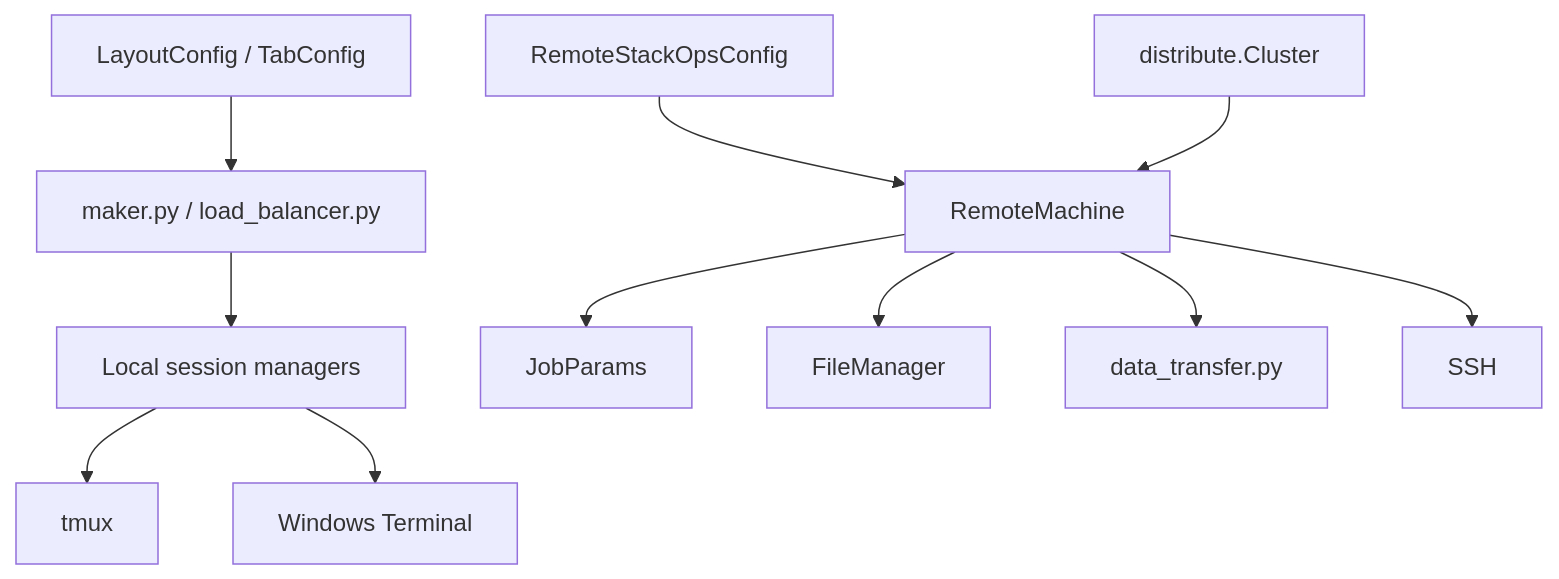
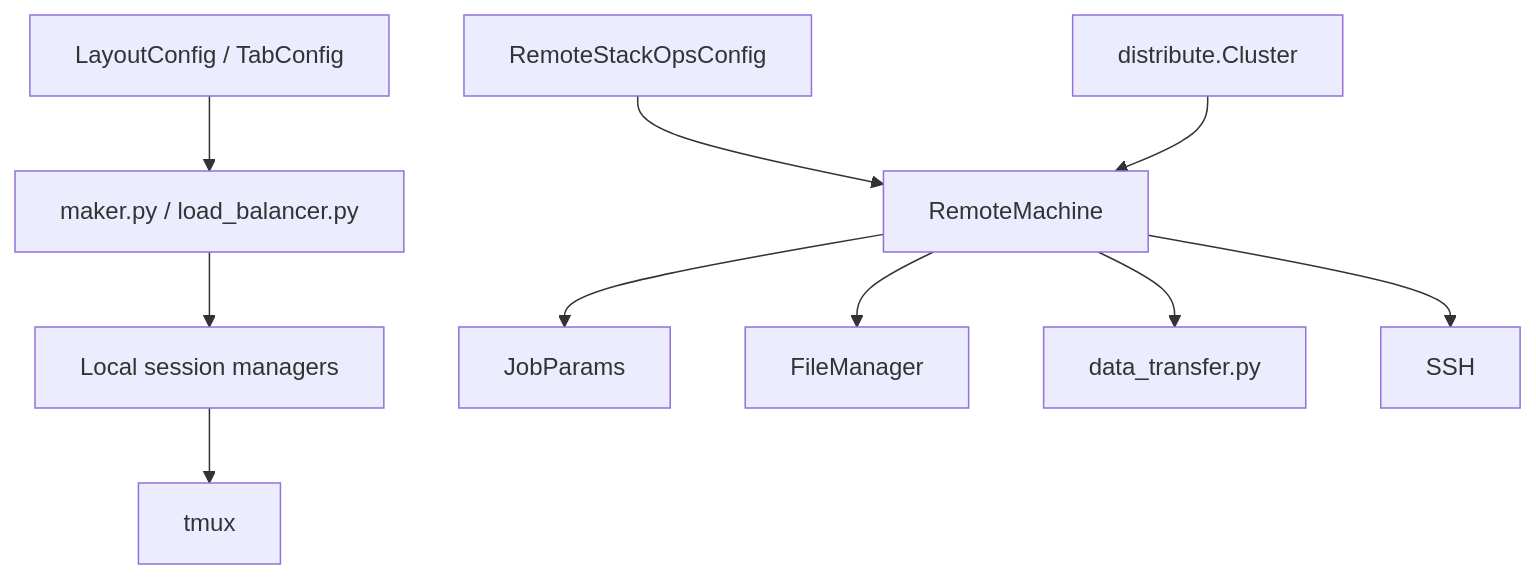
One commit to thisismygitrepo/stackops changed the diagram in docs/api/cluster/index.md. Above: the diagram before and after it, drawn with Mermaid. The commit also changed 34 other files, not shown here.

````diff
--- a/docs/api/cluster/index.md
+++ b/docs/api/cluster/index.md
@@ -22,15 +22,14 @@
 ```mermaid
 graph TB
     A[LayoutConfig / TabConfig] --> B[maker.py / load_balancer.py]
     B --> C[Local session managers]
     C --> D[tmux]
-    C --> F[Windows Terminal]
 
     G[RemoteStackOpsConfig] --> H[RemoteMachine]
     H --> I[JobParams]
     H --> J[FileManager]
     H --> K[data_transfer.py]
     H --> L[SSH]
 
     M[distribute.Cluster] --> H
 ```
````
